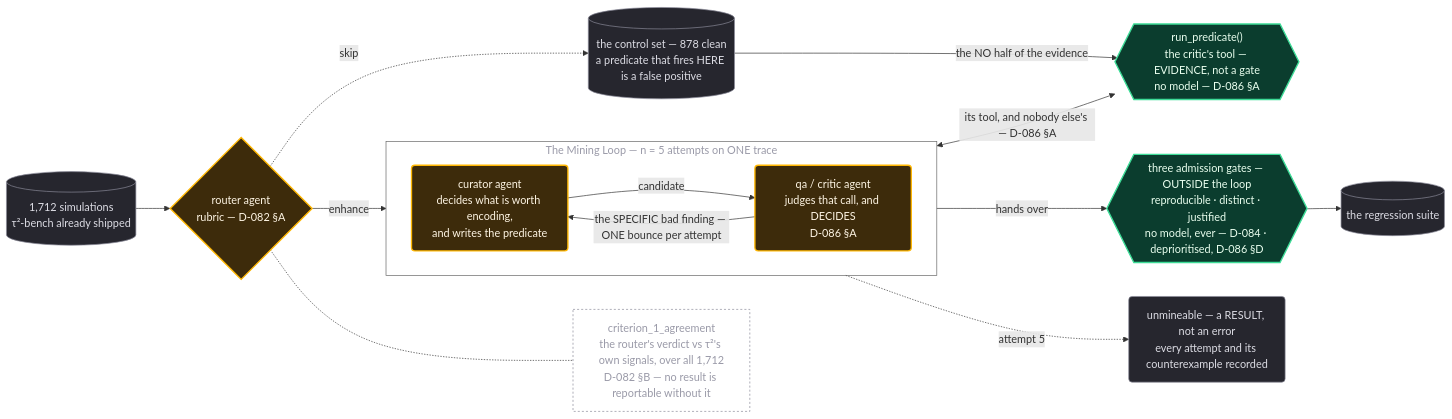
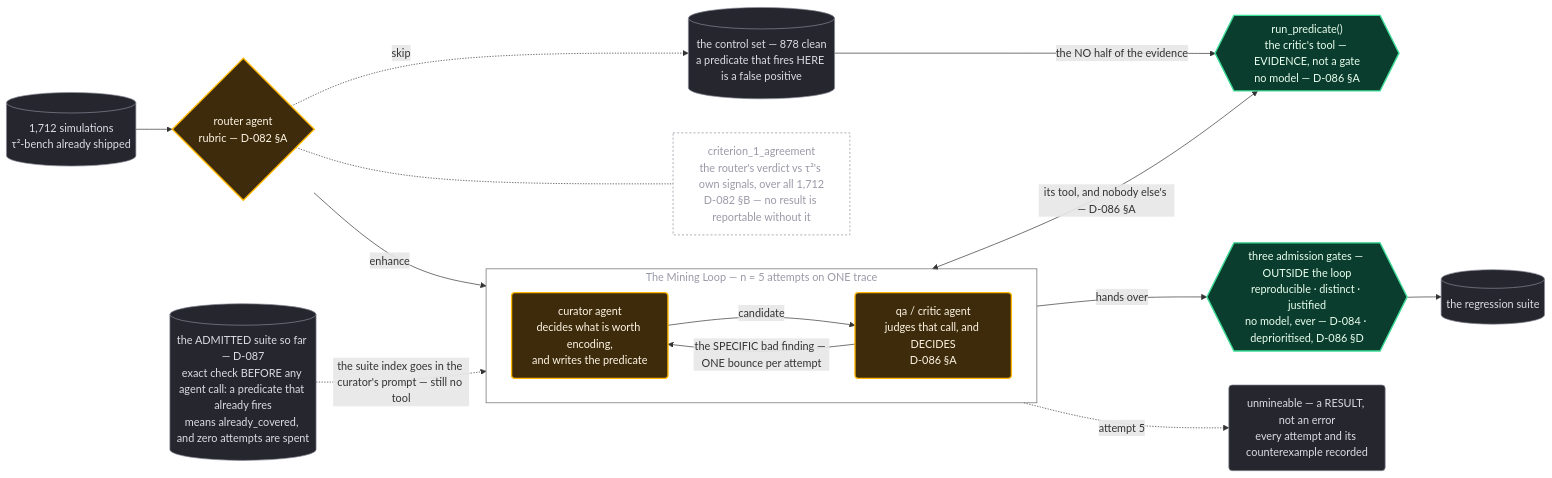
The diagram in diagrams/agents.mmd (sandeepyadav1478/touchstone), drawn with Mermaid before and after one commit. The commit also changed 5 other files, not shown here.

First line of the commit message:
D-087: the curator checks its candidate against the suite that already exists

```diff
--- a/diagrams/agents.mmd
+++ b/diagrams/agents.mmd
@@ -1,44 +1,48 @@
 %% touchstone — the mining loop's three agents, and where the decision sits. D-082, D-086.
 %% The chain: router -> curator <-> critic <-> run_predicate, then critic -> admission -> suite.
 %% Every green node is mechanical. D-086: run_predicate is EVIDENCE the critic reads, not a gate.
 flowchart LR
 
   IN[("1,712 simulations<br/>τ²-bench already shipped")]
   ROUTER{"router agent<br/>rubric — D-082 §A"}
 
   subgraph LOOP["The Mining Loop — n = 5 attempts on ONE trace"]
     direction LR
     CURATOR("curator agent<br/>decides what is worth encoding,<br/>and writes the predicate")
     CRITIC("qa / critic agent<br/>judges that call, and DECIDES<br/>D-086 §A")
     CURATOR -- "candidate" --> CRITIC
     CRITIC -- "the SPECIFIC bad finding — ONE bounce per attempt" --> CURATOR
   end
 
   TEST{{"run_predicate()<br/>the critic's tool — EVIDENCE, not a gate<br/>no model — D-086 §A"}}
   ADMIT{{"three admission gates — OUTSIDE the loop<br/>reproducible · distinct · justified<br/>no model, ever — D-084 · deprioritised, D-086 §D"}}
   SUITE[("the regression suite")]
   CONTROL[("the control set — 878 clean<br/>a predicate that fires HERE is a false positive")]
   UNMINED("unmineable — a RESULT, not an error<br/>every attempt and its counterexample recorded")
   CAL["criterion_1_agreement<br/>the router's verdict vs τ²'s own signals, over all 1,712<br/>D-082 §B — no result is reportable without it"]
 
+  ADMITTED[("the ADMITTED suite so far — D-087<br/>exact check BEFORE any agent call: a predicate that already fires<br/>means already_covered, and zero attempts are spent")]
+
   IN --> ROUTER
+  ADMITTED -. "the suite index goes in the curator's prompt — still no tool" .-> CURATOR
   ROUTER -- "enhance" --> CURATOR
   ROUTER -. "skip" .-> CONTROL
   CRITIC <-- "its tool, and nobody else's — D-086 §A" --> TEST
   CONTROL -- "the NO half of the evidence" --> TEST
   CRITIC -- "hands over" --> ADMIT
   CRITIC -. "attempt 5" .-> UNMINED
   ADMIT --> SUITE
   ROUTER -.- CAL
 
   classDef agent fill:#3d2b0b,stroke:#ffb703,stroke-width:2px,color:#fff6e5
   classDef mech  fill:#0b3d2e,stroke:#3ddc97,stroke-width:2px,color:#eaffef
   classDef data  fill:#26262e,stroke:#8a8a99,color:#dcdce4
   classDef note  fill:none,stroke:#8a8a99,stroke-dasharray:3 3,color:#9a9aa8
   classDef box   fill:none,stroke:#666,color:#9a9aa8
 
   class ROUTER,CURATOR,CRITIC agent
   class TEST,ADMIT mech
   class IN,SUITE,CONTROL,UNMINED data
   class CAL note
+  class ADMITTED data
   class LOOP box
```
